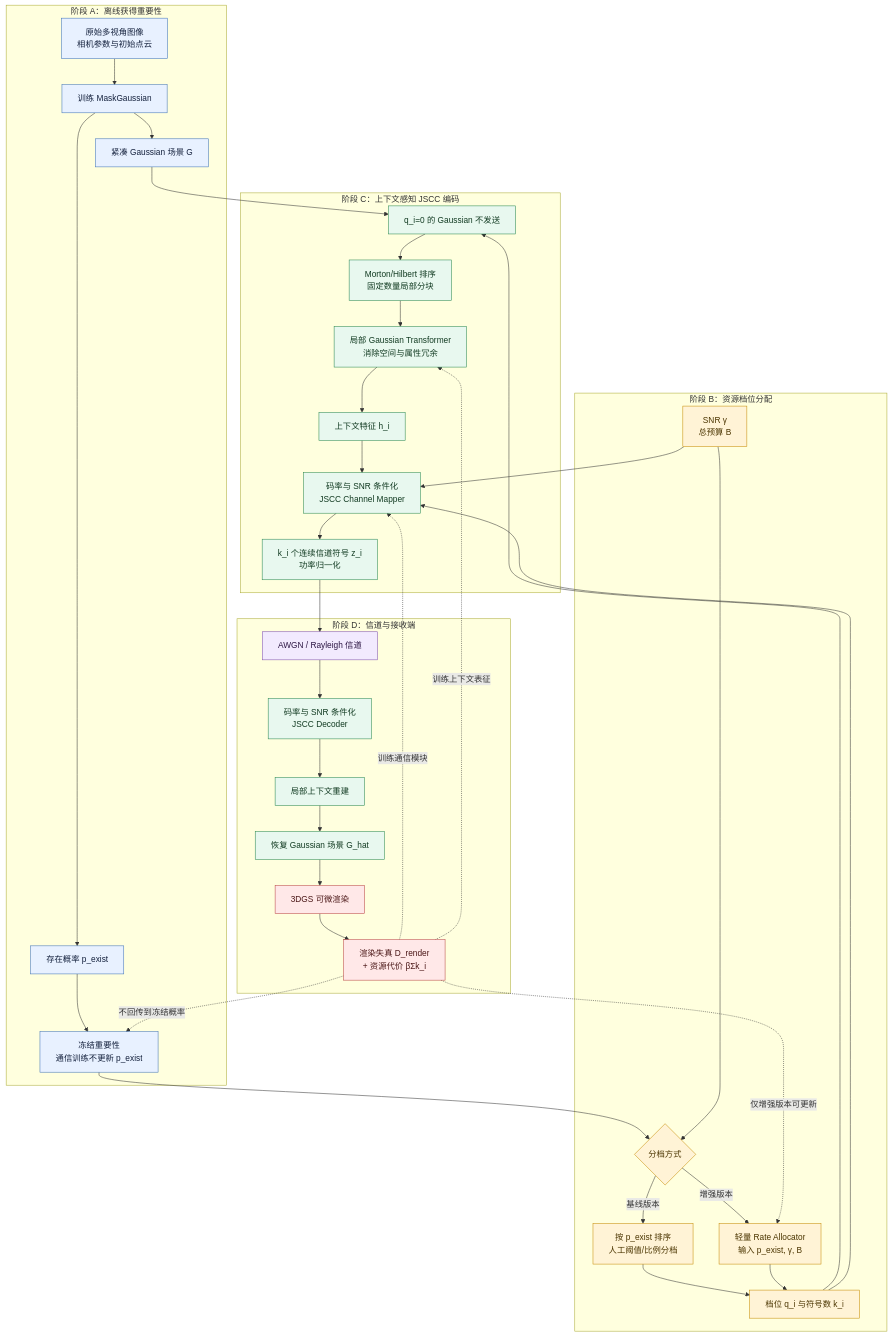
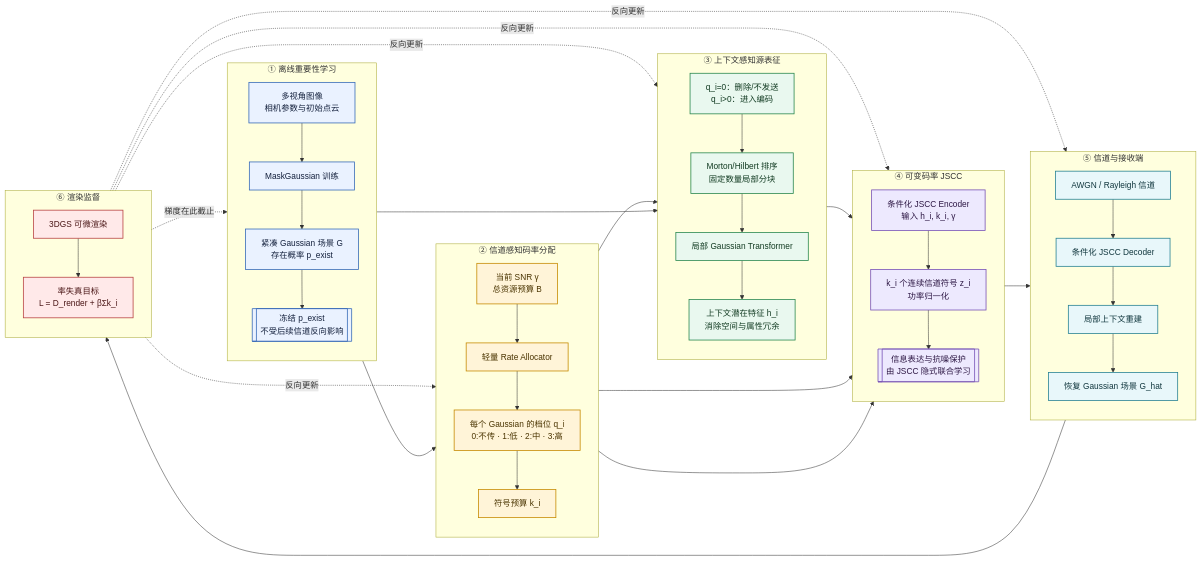
Before and after one commit to Primal555/3dgs-importance: the first of 3 diagrams in docs/gaussian_jscc_route_flowcharts.md, drawn with Mermaid. The commit also changed other lines of this file, not shown here.

Commit message:
Add MaskGaussian JSCC route flowcharts

````diff
--- a/docs/gaussian_jscc_route_flowcharts.md
+++ b/docs/gaussian_jscc_route_flowcharts.md
@@ -18,55 +18,81 @@
 ```mermaid
-flowchart TB
-    subgraph OFF[阶段 A：离线获得重要性]
-        A0[原始多视角图像<br/>相机参数与初始点云] --> A1[训练 MaskGaussian]
-        A1 --> A2[紧凑 Gaussian 场景 G]
-        A1 --> A3[存在概率 p_exist]
-        A3 --> A4[冻结重要性<br/>通信训练不更新 p_exist]
+flowchart LR
+    subgraph S1[① 离线重要性学习]
+        direction TB
+        A0[多视角图像<br/>相机参数与初始点云]
+        A1[MaskGaussian 训练]
+        A2[紧凑 Gaussian 场景 G<br/>存在概率 p_exist]
+        A3[[冻结 p_exist<br/>不受后续信道反向影响]]
+        A0 --> A1 --> A2 --> A3
     end
 
-    subgraph RATE[阶段 B：资源档位分配]
-        A4 --> B1{分档方式}
-        B0[SNR γ<br/>总预算 B] --> B1
-        B1 -->|基线版本| B2[按 p_exist 排序<br/>人工阈值/比例分档]
-        B1 -->|增强版本| B3[轻量 Rate Allocator<br/>输入 p_exist, γ, B]
-        B2 --> B4[档位 q_i 与符号数 k_i]
-        B3 --> B4
+    subgraph S2[② 信道感知码率分配]
+        direction TB
+        B0[当前 SNR γ<br/>总资源预算 B]
+        B1[轻量 Rate Allocator]
+        B2[每个 Gaussian 的档位 q_i<br/>0:不传 · 1:低 · 2:中 · 3:高]
+        B3[符号预算 k_i]
+        B0 --> B1 --> B2 --> B3
     end
 
-    subgraph ENC[阶段 C：上下文感知 JSCC 编码]
-        A2 --> C1[q_i=0 的 Gaussian 不发送]
-        B4 --> C1
-        C1 --> C2[Morton/Hilbert 排序<br/>固定数量局部分块]
-        C2 --> C3[局部 Gaussian Transformer<br/>消除空间与属性冗余]
-        C3 --> C4[上下文特征 h_i]
-        C4 --> C5[码率与 SNR 条件化<br/>JSCC Channel Mapper]
-        B4 --> C5
-        B0 --> C5
-        C5 --> C6[k_i 个连续信道符号 z_i<br/>功率归一化]
+    subgraph S3[③ 上下文感知源表征]
+        direction TB
+        C0[q_i=0：删除/不发送<br/>q_i>0：进入编码]
+        C1[Morton/Hilbert 排序<br/>固定数量局部分块]
+        C2[局部 Gaussian Transformer]
+        C3[上下文潜在特征 h_i<br/>消除空间与属性冗余]
+        C0 --> C1 --> C2 --> C3
     end
 
-    subgraph CHANNEL[阶段 D：信道与接收端]
-        C6 --> D1[AWGN / Rayleigh 信道]
-        D1 --> D2[码率与 SNR 条件化<br/>JSCC Decoder]
-        D2 --> D3[局部上下文重建]
-        D3 --> D4[恢复 Gaussian 场景 G_hat]
-        D4 --> D5[3DGS 可微渲染]
-        D5 --> D6[渲染失真 D_render<br/>+ 资源代价 βΣk_i]
+    subgraph S4[④ 可变码率 JSCC]
+        direction TB
+        D0[条件化 JSCC Encoder<br/>输入 h_i, k_i, γ]
+        D1[k_i 个连续信道符号 z_i<br/>功率归一化]
+        D2[[信息表达与抗噪保护<br/>由 JSCC 隐式联合学习]]
+        D0 --> D1 --> D2
     end
 
-    D6 -.训练通信模块.-> C5
-    D6 -.训练上下文表征.-> C3
-    D6 -.仅增强版本可更新.-> B3
-    D6 -.不回传到冻结概率.-> A4
+    subgraph S5[⑤ 信道与接收端]
+        direction TB
+        E0[AWGN / Rayleigh 信道]
+        E1[条件化 JSCC Decoder]
+        E2[局部上下文重建]
+        E3[恢复 Gaussian 场景 G_hat]
+        E0 --> E1 --> E2 --> E3
+    end
 
-    classDef source fill:#E8F1FF,stroke:#3B6FB6,color:#14213D;
-    classDef rate fill:#FFF3D6,stroke:#C58A00,color:#4B3500;
-    classDef model fill:#E8F8EF,stroke:#27864D,color:#123B22;
-    classDef channel fill:#F2EAFE,stroke:#7C4DAD,color:#2D1744;
-    classDef loss fill:#FFE8E8,stroke:#B84242,color:#4A1616;
-    class A0,A1,A2,A3,A4 source;
-    class B0,B1,B2,B3,B4 rate;
-    class C1,C2,C3,C4,C5,C6,D2,D3,D4 model;
-    class D1 channel;
-    class D5,D6 loss;
+    subgraph S6[⑥ 渲染监督]
+        direction TB
+        F0[3DGS 可微渲染]
+        F1[率失真目标<br/>L = D_render + βΣk_i]
+        F0 --> F1
+    end
+
+    A3 --> B1
+    A2 --> C0
+    B2 --> C0
+    B3 --> D0
+    B0 --> D0
+    C3 --> D0
+    D2 --> E0
+    E3 --> F0
+
+    F1 -.反向更新.-> E1
+    F1 -.反向更新.-> D0
+    F1 -.反向更新.-> C2
+    F1 -.反向更新.-> B1
+    F1 -.梯度在此截止.-> A3
+
+    classDef source fill:#EAF2FF,stroke:#3569B7,color:#14213D,stroke-width:1.5px;
+    classDef rate fill:#FFF4D8,stroke:#C68A00,color:#4A3400,stroke-width:1.5px;
+    classDef context fill:#E9F8EF,stroke:#27864D,color:#123B22,stroke-width:1.5px;
+    classDef jscc fill:#EDE9FE,stroke:#7650B5,color:#2D1744,stroke-width:1.5px;
+    classDef channel fill:#E8F7FA,stroke:#258092,color:#12383F,stroke-width:1.5px;
+    classDef loss fill:#FFE9E9,stroke:#B84242,color:#4A1616,stroke-width:1.5px;
+    class A0,A1,A2,A3 source;
+    class B0,B1,B2,B3 rate;
+    class C0,C1,C2,C3 context;
+    class D0,D1,D2 jscc;
+    class E0,E1,E2,E3 channel;
+    class F0,F1 loss;
 ```
````
